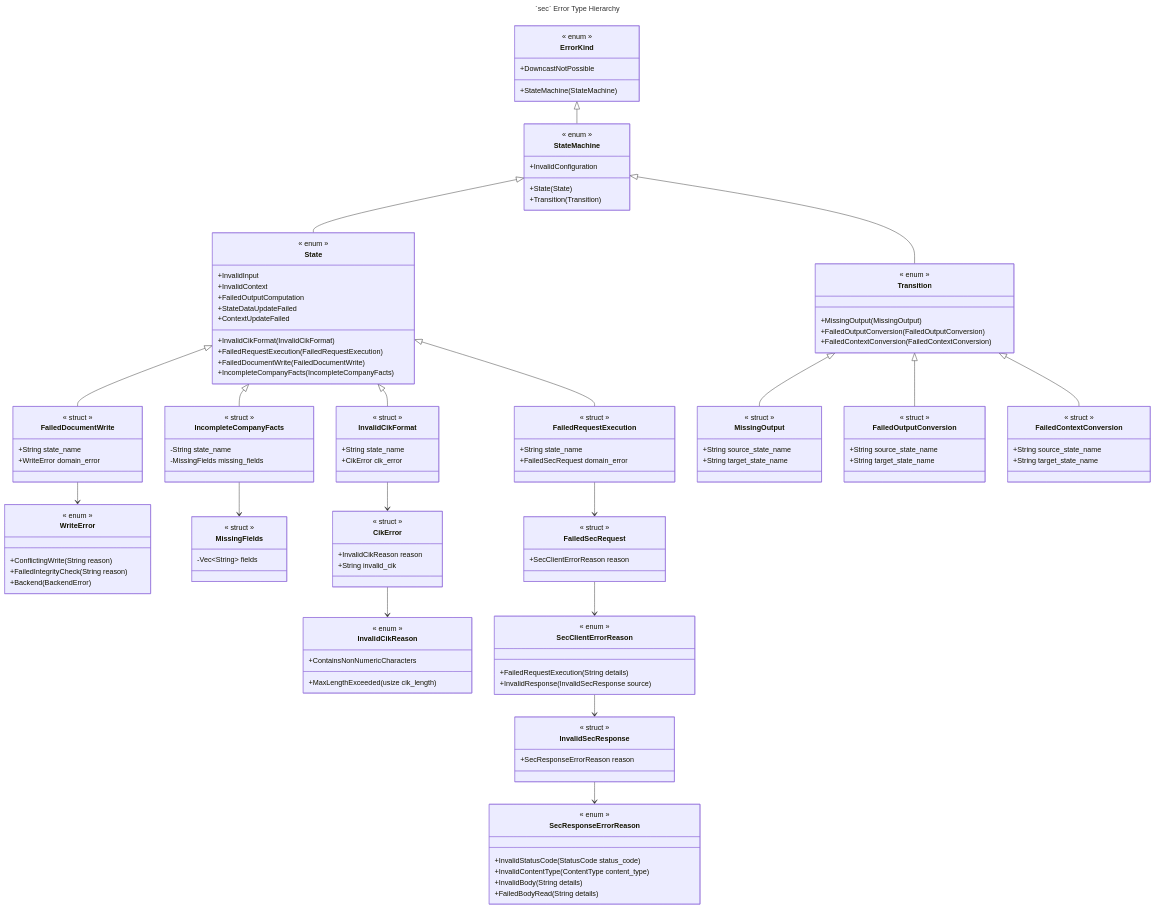
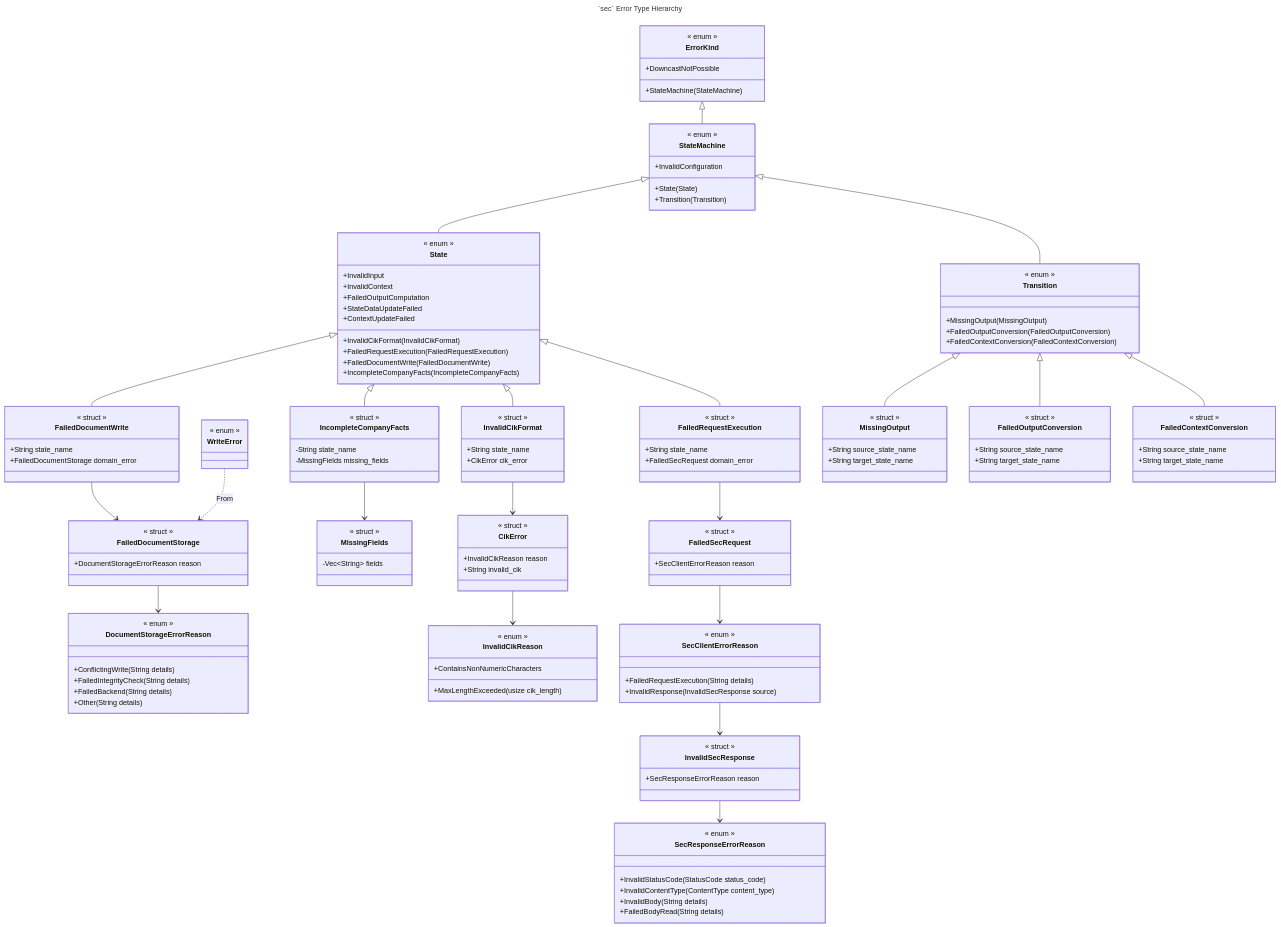
The diagram in sec/design/uml_class_diagram/sec_error_handling.md (ironcapitaleu/arkad), drawn with Mermaid before and after one commit. The commit also changed 4 other files, not shown here.

First line of the commit message:
refactor(sec): convert storage write errors into a sec domain error

```diff
--- a/sec/design/uml_class_diagram/sec_error_handling.md
+++ b/sec/design/uml_class_diagram/sec_error_handling.md
@@ -58,15 +58,27 @@
         << struct >>
         %% State-level wrapper for a write that the store rejected
         +String state_name
-        +WriteError domain_error
+        +FailedDocumentStorage domain_error
+    }
+
+    class FailedDocumentStorage{
+        << struct >>
+        %% Domain error for a document that the store did not keep
+        +DocumentStorageErrorReason reason
+    }
+
+    class DocumentStorageErrorReason{
+        << enum >>
+        %% Why the store did not keep the document
+        +ConflictingWrite(String details)
+        +FailedIntegrityCheck(String details)
+        +FailedBackend(String details)
+        +Other(String details)
     }
 
     class WriteError{
         << enum >>
-        %% `storage::WriteError`, from the `storage` crate
-        +ConflictingWrite(String reason)
-        +FailedIntegrityCheck(String reason)
-        +Backend(BackendError)
+        %% `storage::WriteError`, converted at the boundary and never held
     }
 
     class IncompleteCompanyFacts{
@@ -166,7 +178,9 @@
     CikError --> InvalidCikReason
     IncompleteCompanyFacts --> MissingFields
     FailedRequestExecution --> FailedSecRequest
-    FailedDocumentWrite --> WriteError
+    FailedDocumentWrite --> FailedDocumentStorage
+    FailedDocumentStorage --> DocumentStorageErrorReason
+    WriteError ..> FailedDocumentStorage : From
     FailedSecRequest --> SecClientErrorReason
     SecClientErrorReason --> InvalidSecResponse
     InvalidSecResponse --> SecResponseErrorReason
```
